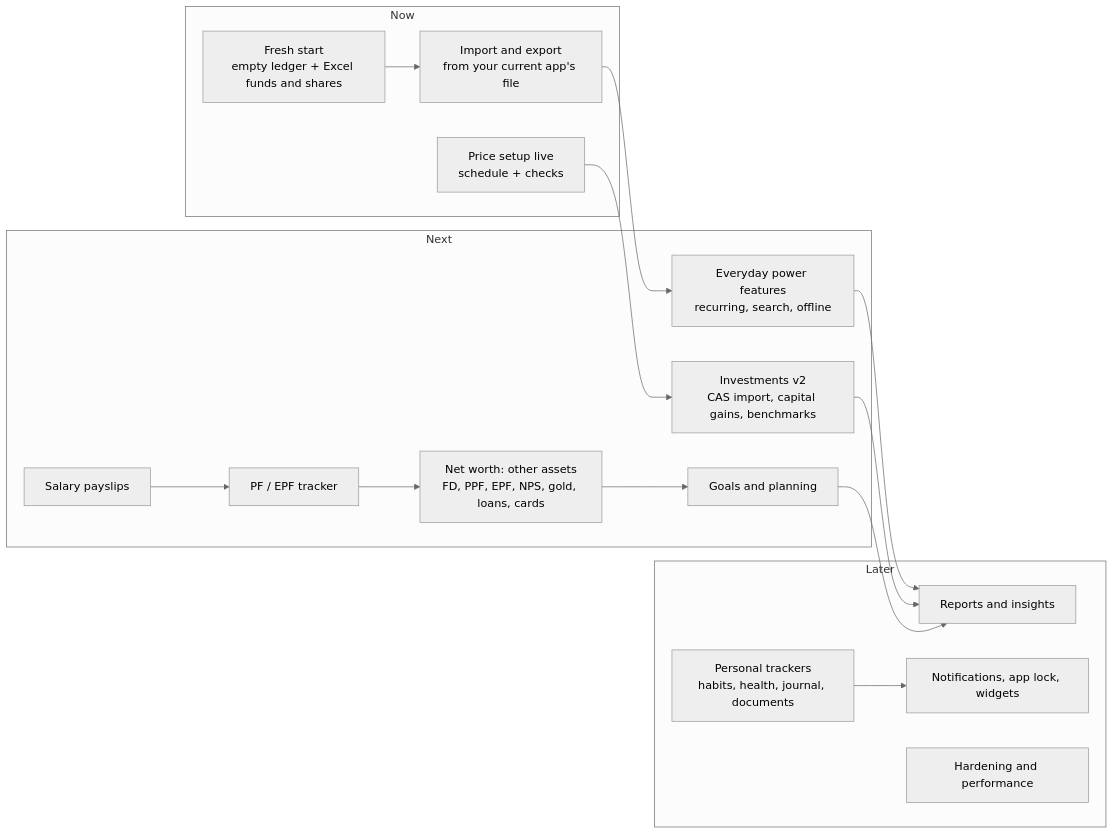
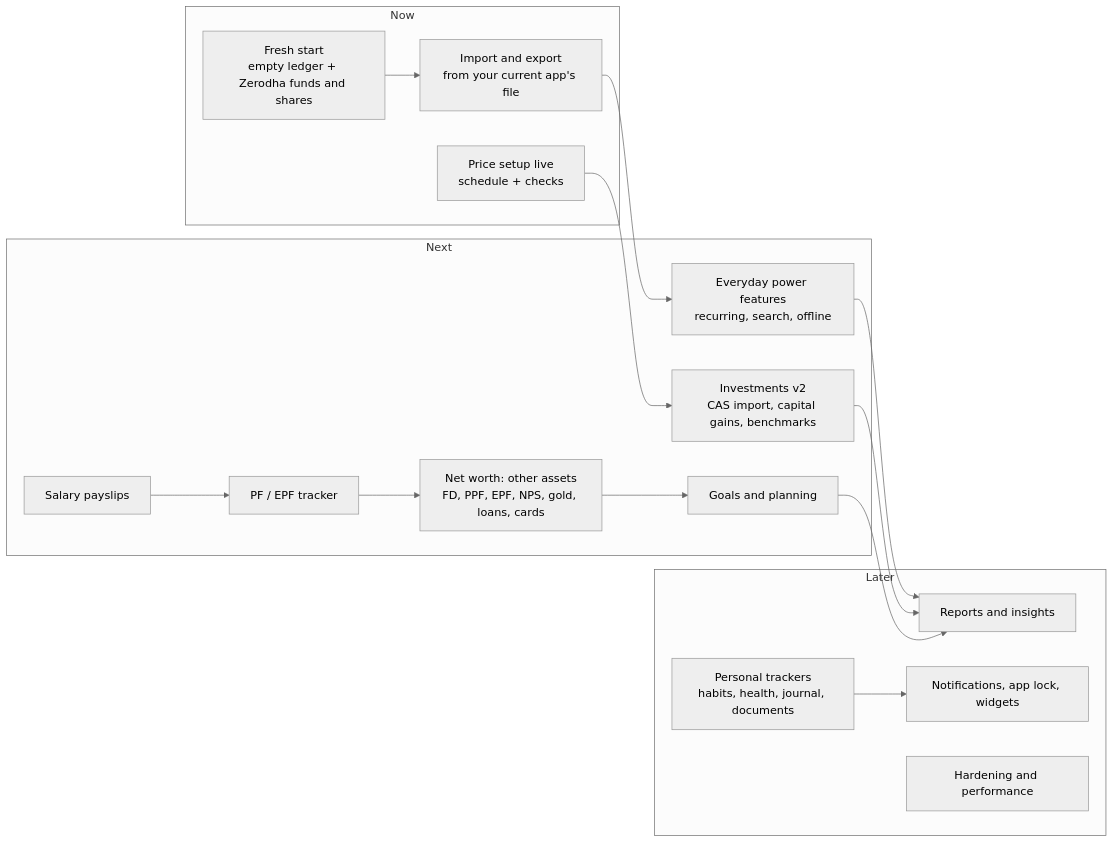
The diagram in docs/architecture/ROADMAP.md (DEVABALAN-R/DEVABALAN), drawn with Mermaid (neutral theme) before and after one commit. The commit also changed other lines of this file and 7 other files, not shown here.

First line of the commit message:
Load funds and stocks from the Zerodha tradebooks instead of the Excel

````diff
--- a/docs/architecture/ROADMAP.md
+++ b/docs/architecture/ROADMAP.md
@@ -28,27 +28,27 @@
 ```mermaid
 flowchart LR
   subgraph Now
-    A[Fresh start<br/>empty ledger + Excel funds and shares]
+    A[Fresh start<br/>empty ledger + Zerodha funds and shares]
     M[Import and export<br/>from your current app's file]
     B[Price setup live<br/>schedule + checks]
   end
   subgraph Next
     P[PF / EPF tracker]
     S[Salary payslips]
     C[Everyday power features<br/>recurring, search, offline]
     D[Investments v2<br/>CAS import, capital gains, benchmarks]
     E[Net worth: other assets<br/>FD, PPF, EPF, NPS, gold, loans, cards]
     F[Goals and planning]
   end
   subgraph Later
     G[Reports and insights]
     H[Personal trackers<br/>habits, health, journal, documents]
     I[Notifications, app lock, widgets]
     J[Hardening and performance]
   end
   A --> M --> C --> G
   S --> P --> E
   B --> D --> G
   E --> F --> G
   H --> I
 ```
````
